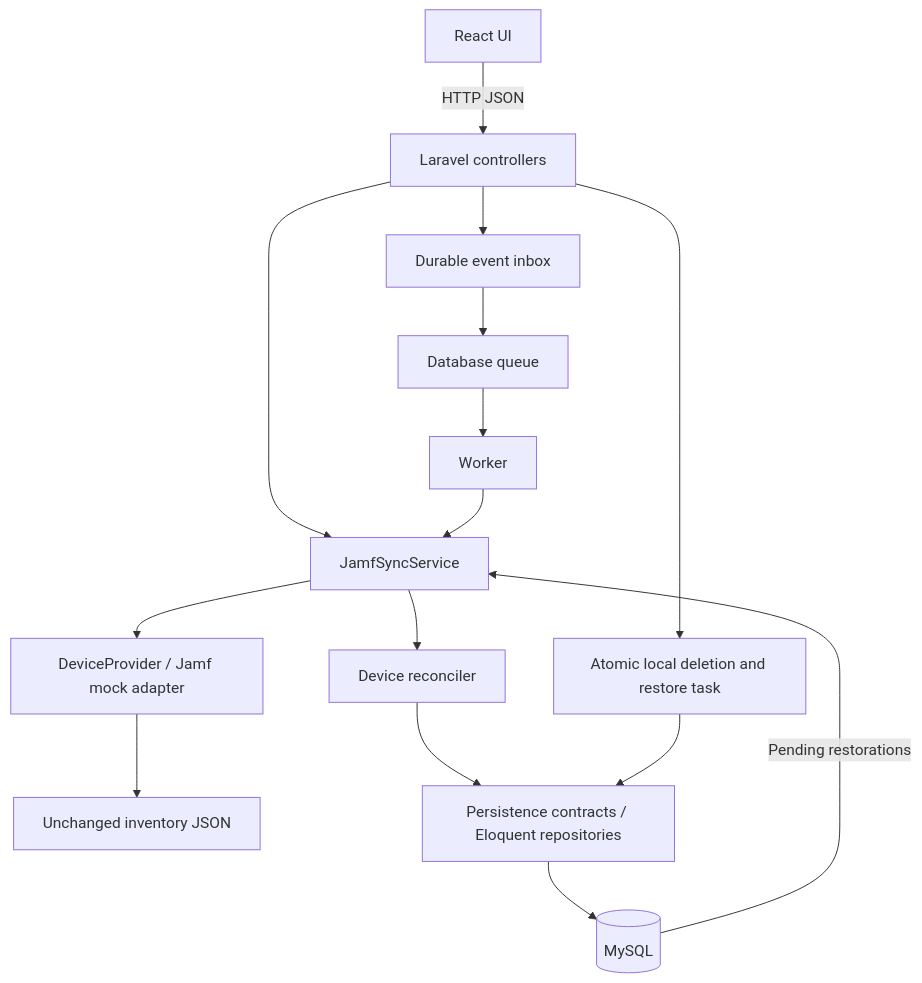
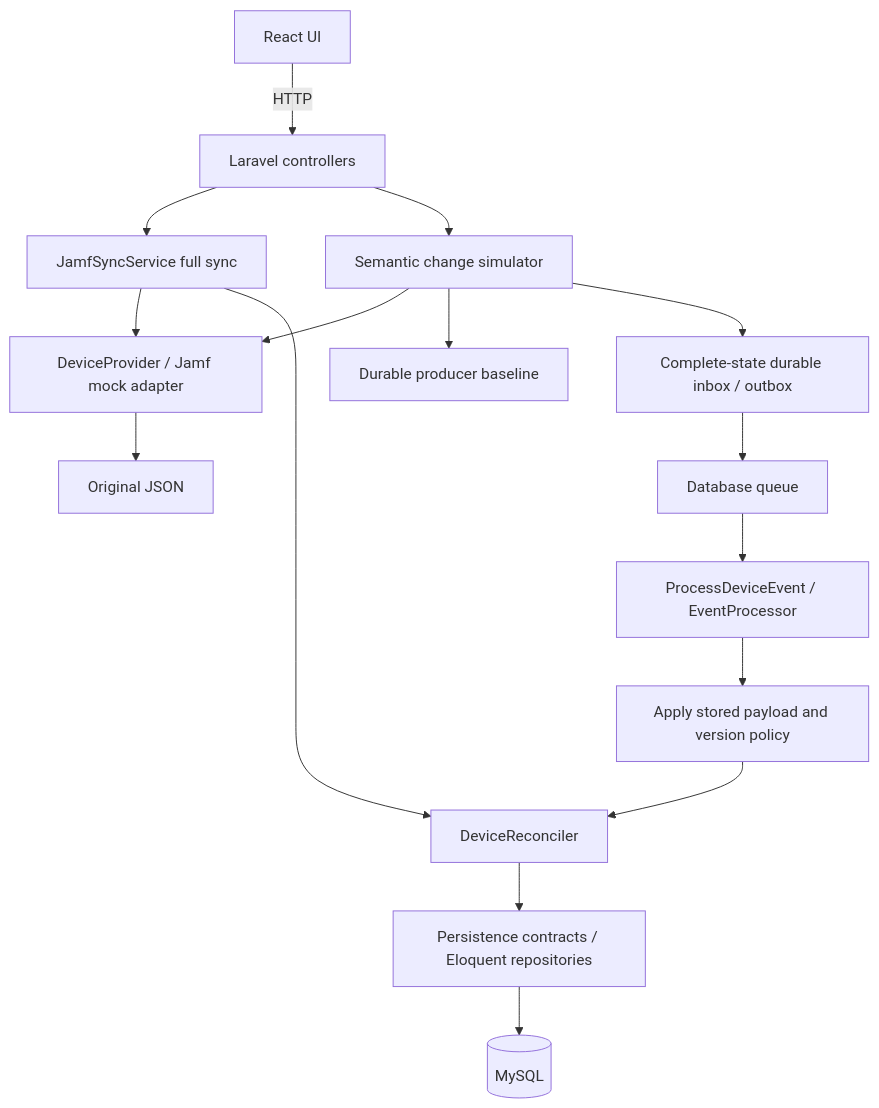
The first of 2 diagrams in docs/design.md (jayant1701/mdm-case-study), drawn with Mermaid before and after one commit. The commit also changed other lines of this file and 1 other file, not shown here.

Commit message:
Document final complete-state contract simulator semantics and ordering guarantees

````diff
--- a/docs/design.md
+++ b/docs/design.md
@@ -53,17 +7,18 @@
 ```mermaid
 flowchart TD
-    React[React UI] -->|HTTP JSON| API[Laravel controllers]
-    API --> Full[JamfSyncService]
-    API --> Inbox[Durable event inbox]
+    React[React UI] -->|HTTP| API[Laravel controllers]
+    API --> Full[JamfSyncService full sync]
+    Full --> Adapter[DeviceProvider / Jamf mock adapter]
+    Adapter --> File[Original JSON]
+    API --> Simulator[Semantic change simulator]
+    Simulator --> Adapter
+    Simulator --> Baseline[Durable producer baseline]
+    Simulator --> Inbox[Complete-state durable inbox / outbox]
     Inbox --> Queue[Database queue]
-    Queue --> Worker[Worker]
-    Worker --> Full
-    Full --> Adapter[DeviceProvider / Jamf mock adapter]
-    Adapter --> Mock[Unchanged inventory JSON]
-    Full --> Reconcile[Device reconciler]
+    Queue --> Worker[ProcessDeviceEvent / EventProcessor]
+    Worker --> Apply[Apply stored payload and version policy]
+    Apply --> Reconcile[DeviceReconciler]
+    Full --> Reconcile
     Reconcile --> Repositories[Persistence contracts / Eloquent repositories]
     Repositories --> DB[(MySQL)]
-    API --> Delete[Atomic local deletion and restore task]
-    Delete --> Repositories
-    DB -->|Pending restorations| Full
 ```
````
